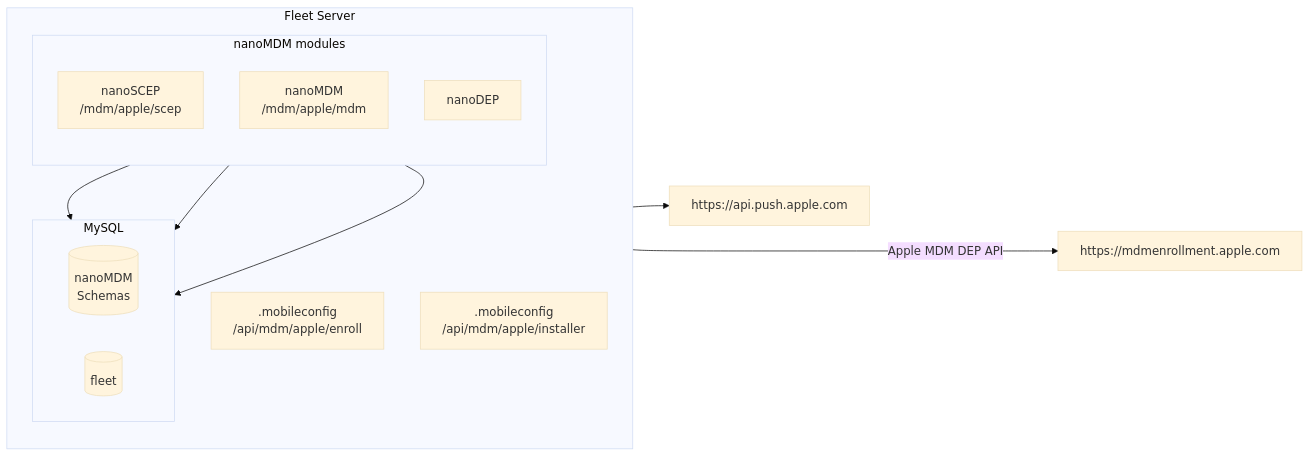
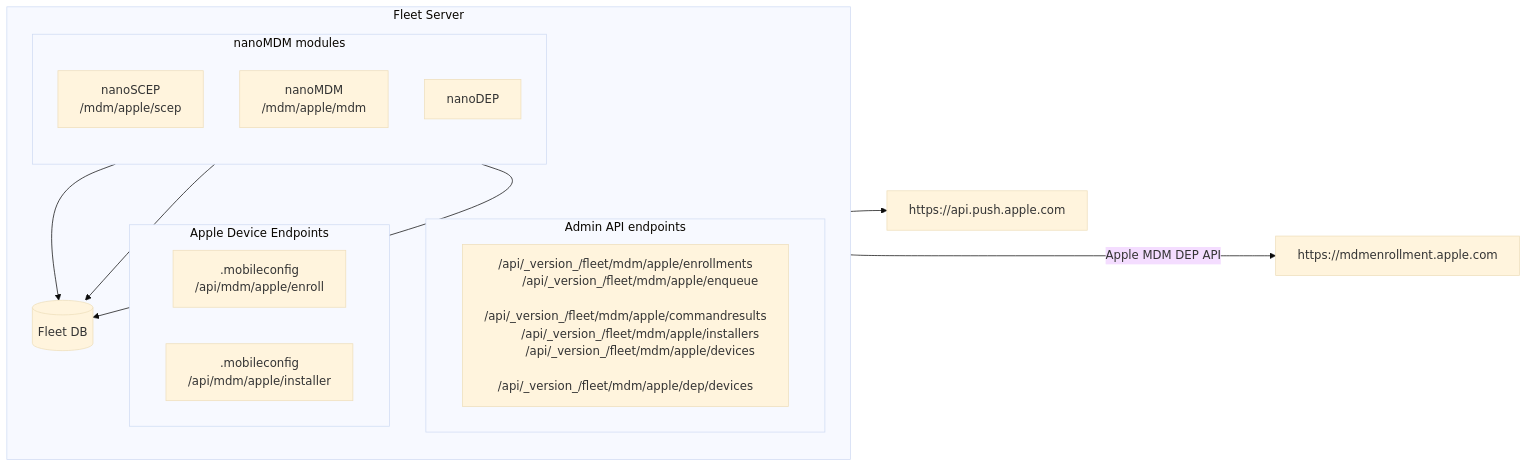
One commit to fleetdm/fleet changed the diagram in tools/mdm/apple/demo.md. Above: the diagram before and after it, drawn with Mermaid (base theme). The commit also changed other lines of this file and 1 other file, not shown here.

````diff
--- a/tools/mdm/apple/demo.md
+++ b/tools/mdm/apple/demo.md
@@ -5,31 +5,35 @@
 ```mermaid
 flowchart LR
 
 subgraph Fleet [Fleet Server]
-
     direction TB;
-
-    enroll[".mobileconfig<br>/api/mdm/apple/enroll"];
-    installer[".mobileconfig<br>/api/mdm/apple/installer"];
+    subgraph apiEndpoints ["Admin API endpoints"]
+        api["/api/_version_/fleet/mdm/apple/enrollments
+        /api/_version_/fleet/mdm/apple/enqueue
+        /api/_version_/fleet/mdm/apple/commandresults
+        /api/_version_/fleet/mdm/apple/installers
+        /api/_version_/fleet/mdm/apple/devices
+        /api/_version_/fleet/mdm/apple/dep/devices"];
+    end 
+    subgraph deviceEndpoints ["Apple Device Endpoints"];
+        enroll[".mobileconfig<br>/api/mdm/apple/enroll"];
+        installer[".mobileconfig<br>/api/mdm/apple/installer"];
+    end
     subgraph nanoMDMModules ["nanoMDM modules"]
         direction TB;
         nanoSCEP["nanoSCEP<br>/mdm/apple/scep"];
         nanoMDM["nanoMDM<br>/mdm/apple/mdm"];
         nanoDEP["nanoDEP"];
     end
-    subgraph MySQL
-        direction LR;
-        mdmAppleDB[(nanoMDM<br>Schemas)];
-        fleetDB[(fleet)];
-    end
+    fleetDB[(Fleet DB)];
 end
 
 ApplePush[https://api.push.apple.com];
 AppleDEP[https://mdmenrollment.apple.com];
 nanoDEP -- Apple MDM DEP API ----> AppleDEP;
 nanoMDM --> ApplePush;
 
-nanoSCEP --> mdmAppleDB
-nanoDEP --> mdmAppleDB;
-nanoMDM --> mdmAppleDB;
+nanoSCEP --> fleetDB
+nanoDEP --> fleetDB;
+nanoMDM --> fleetDB;
 ```
````
